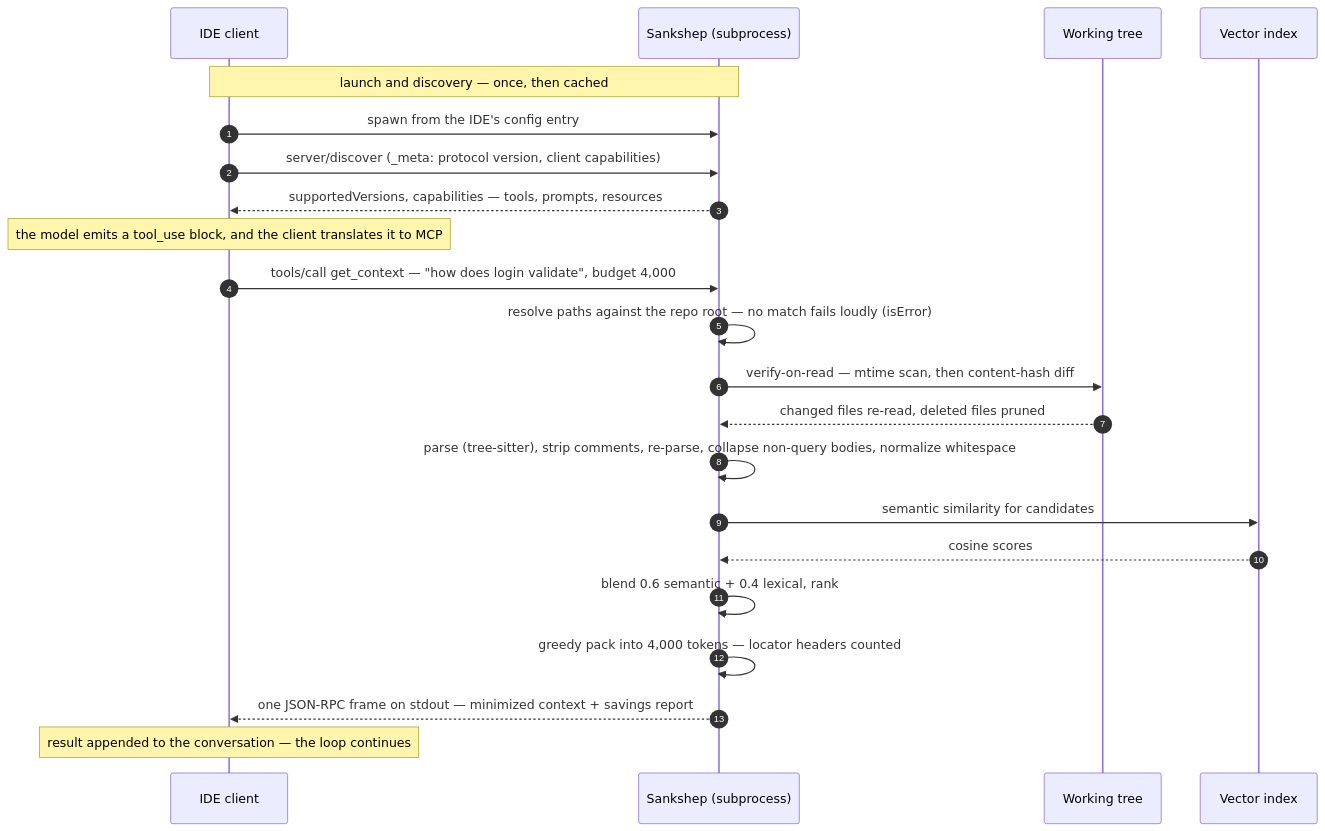
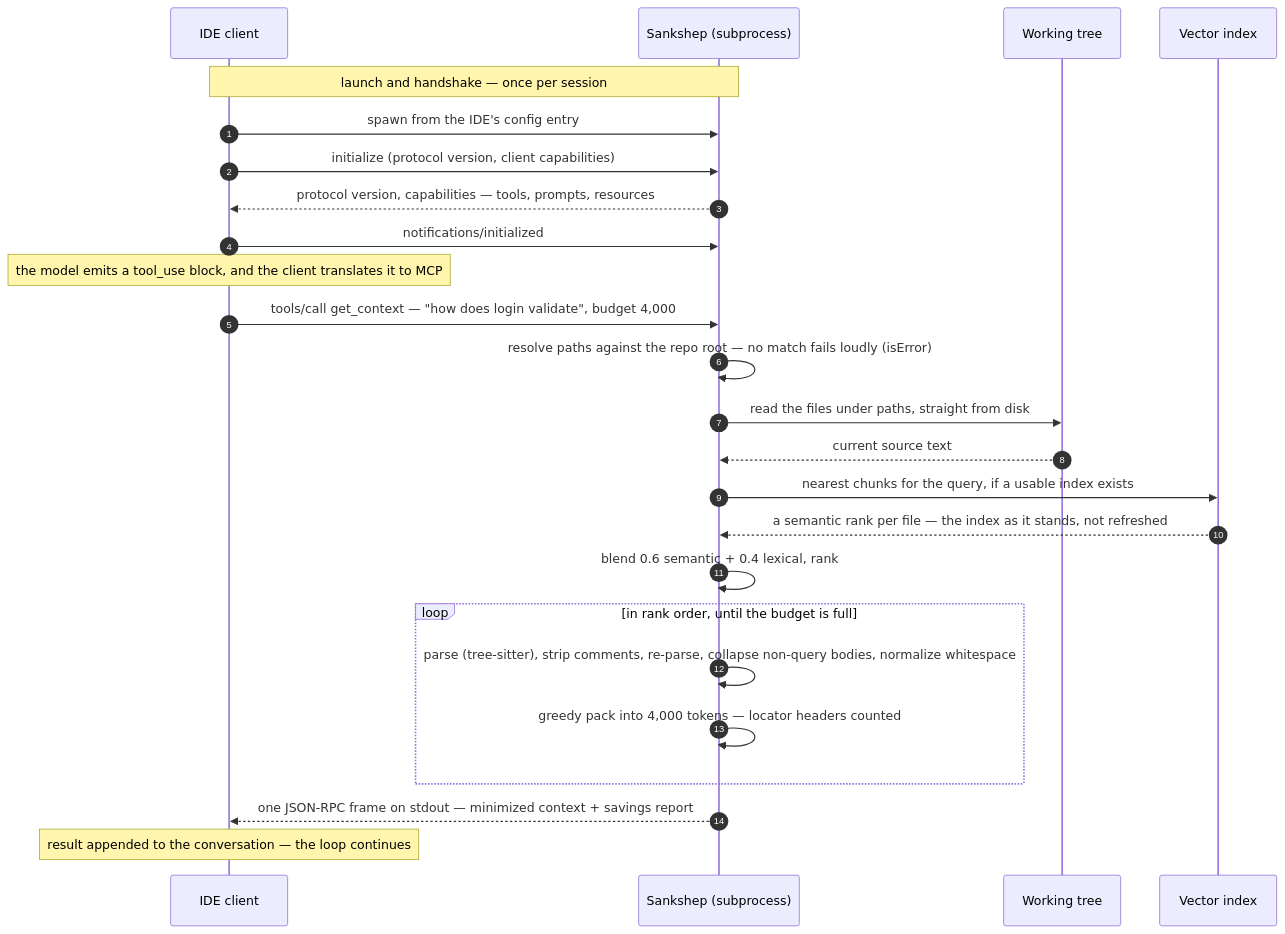
One commit to nitinpawar28/AI-learn changed the second of 3 diagrams in docs/part5-capstone/architecture.md. Above: the diagram before and after it, drawn with Mermaid. The commit also changed other lines of this file and 8 other files, not shown here.

````diff
--- a/docs/part5-capstone/architecture.md
+++ b/docs/part5-capstone/architecture.md
@@ -91,24 +91,27 @@
 ```mermaid
 sequenceDiagram
     autonumber
     participant C as IDE client
     participant S as Sankshep (subprocess)
     participant W as Working tree
     participant X as Vector index
-    Note over C,S: launch and discovery — once, then cached
+    Note over C,S: launch and handshake — once per session
     C->>S: spawn from the IDE's config entry
-    C->>S: server/discover (_meta: protocol version, client capabilities)
-    S-->>C: supportedVersions, capabilities — tools, prompts, resources
+    C->>S: initialize (protocol version, client capabilities)
+    S-->>C: protocol version, capabilities — tools, prompts, resources
+    C->>S: notifications/initialized
     Note over C: the model emits a tool_use block, and the client translates it to MCP
     C->>S: tools/call get_context — "how does login validate", budget 4,000
     S->>S: resolve paths against the repo root — no match fails loudly (isError)
-    S->>W: verify-on-read — mtime scan, then content-hash diff
-    W-->>S: changed files re-read, deleted files pruned
-    S->>S: parse (tree-sitter), strip comments, re-parse, collapse non-query bodies, normalize whitespace
-    S->>X: semantic similarity for candidates
-    X-->>S: cosine scores
+    S->>W: read the files under paths, straight from disk
+    W-->>S: current source text
+    S->>X: nearest chunks for the query, if a usable index exists
+    X-->>S: a semantic rank per file — the index as it stands, not refreshed
     S->>S: blend 0.6 semantic + 0.4 lexical, rank
-    S->>S: greedy pack into 4,000 tokens — locator headers counted
+    loop in rank order, until the budget is full
+        S->>S: parse (tree-sitter), strip comments, re-parse, collapse non-query bodies, normalize whitespace
+        S->>S: greedy pack into 4,000 tokens — locator headers counted
+    end
     S-->>C: one JSON-RPC frame on stdout — minimized context + savings report
     Note over C: result appended to the conversation — the loop continues
 ```
````
